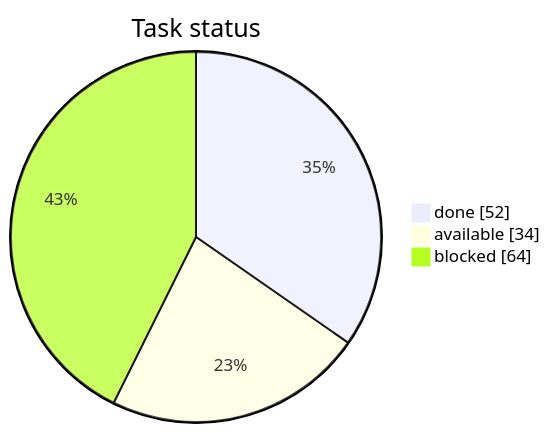
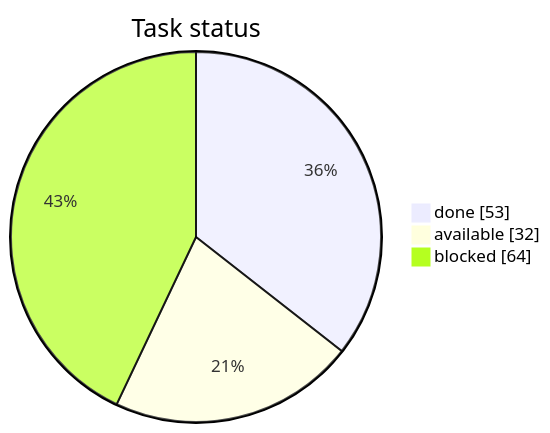
Before and after one commit to artemiiShabanov/RallyRivals: the first of 3 diagrams in STATUS.md, drawn with Mermaid. The commit also changed other lines of this file and 10 other files, not shown here.

````diff
--- a/STATUS.md
+++ b/STATUS.md
@@ -7,7 +7,7 @@
 ```mermaid
 pie showData
     title Task status
-    "done" : 52
-    "available" : 34
+    "done" : 53
+    "available" : 32
     "blocked" : 64
 ```
````
